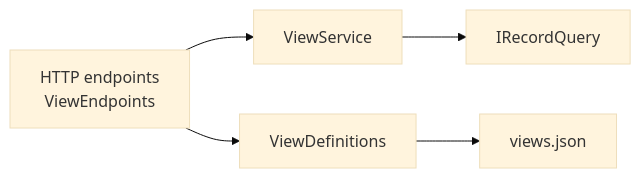
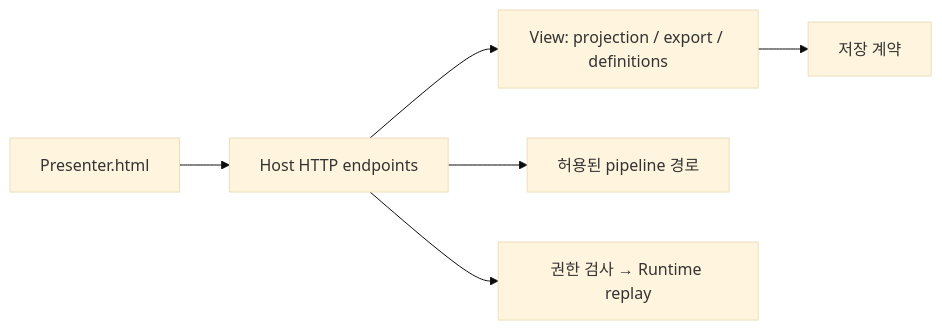
The fifth of 6 diagrams in docs/05-component-design.md (south-hive/project-dsn), drawn with Mermaid (base theme) before and after one commit. The commit also changed other lines of this file and 69 other files, not shown here.

````diff
--- a/docs/05-component-design.md
+++ b/docs/05-component-design.md
@@ -180,7 +96,7 @@
 ```mermaid
 flowchart LR
-    H["HTTP endpoints<br/>ViewEndpoints"] --> V["ViewService"]
-    H --> D["ViewDefinitions"]
-    V --> Q["IRecordQuery"]
-    D --> F["views.json"]
+    Browser["Presenter.html"] --> H["Host HTTP endpoints"]
+    H --> Q["View: projection / export / definitions"] --> DB["저장 계약"]
+    H --> P["허용된 pipeline 경로"]
+    H --> Replay["권한 검사 → Runtime replay"]
 ```
````
